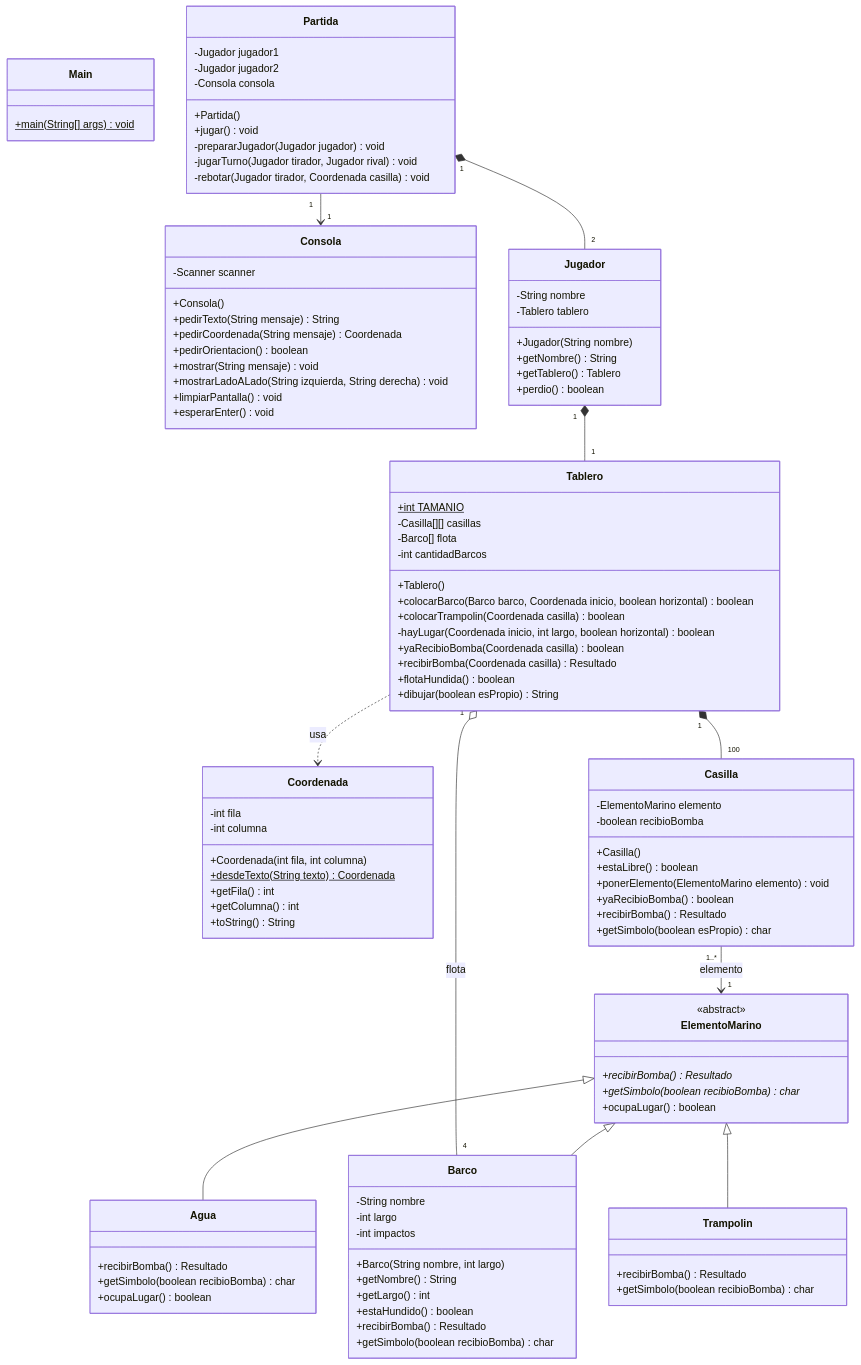
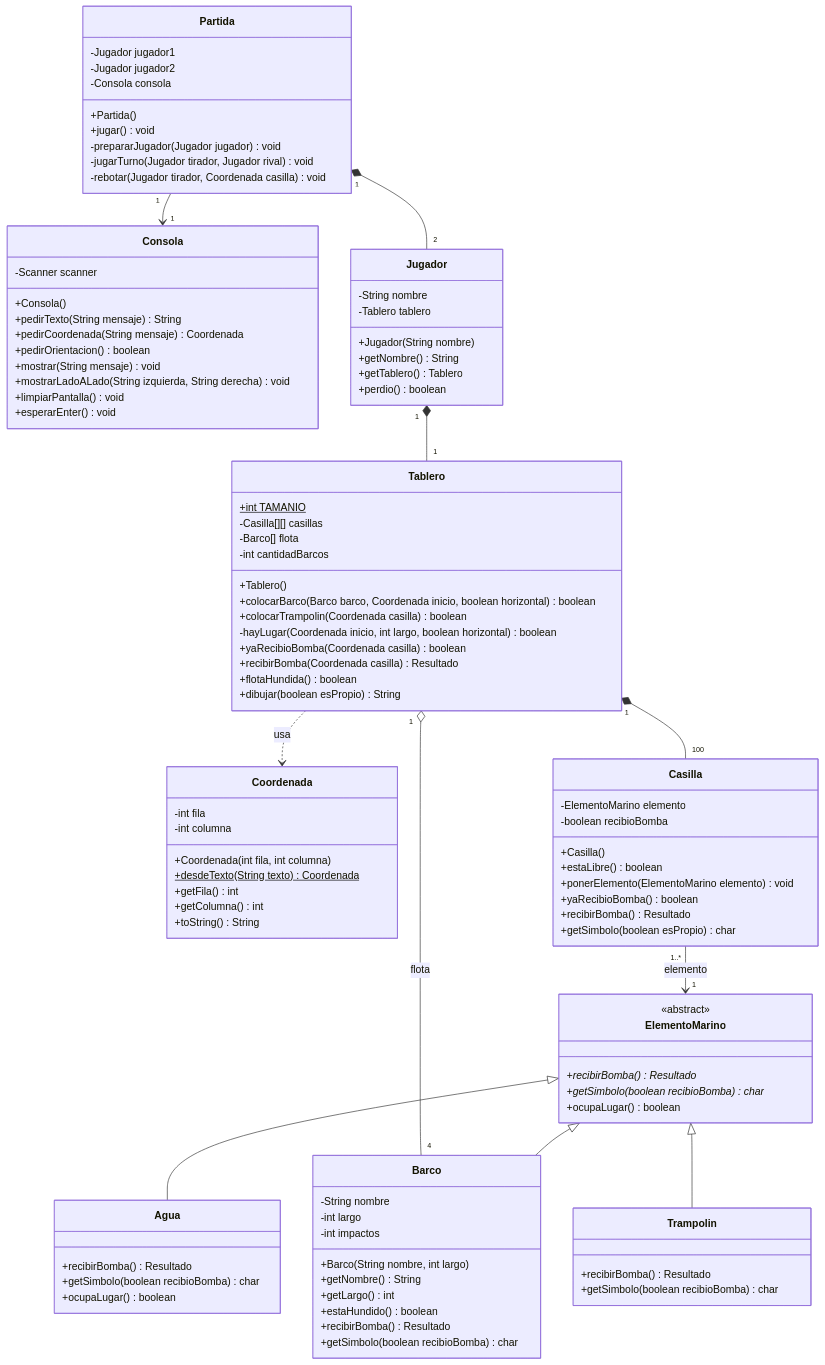
The diagram in TPO/DOCUMENTO_TECNICO.md (nahuelmioni/paradigma-grupo5), drawn with Mermaid before and after one commit.

```diff
--- a/TPO/DOCUMENTO_TECNICO.md
+++ b/TPO/DOCUMENTO_TECNICO.md
@@ -48,9 +48,6 @@
 classDiagram
     direction TB
 
-    class Main {
-        +main(String[] args)$ void
-    }
     class Partida {
         -Jugador jugador1
         -Jugador jugador2
```
